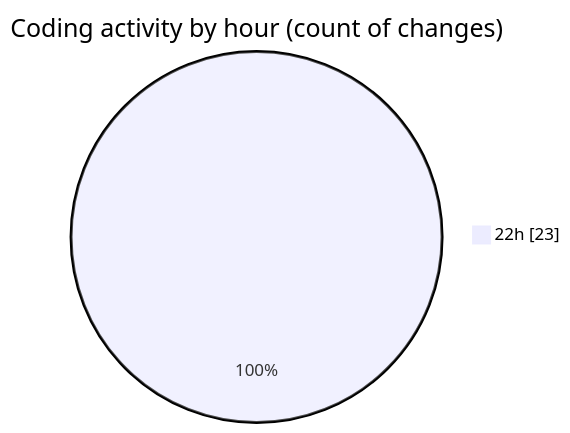
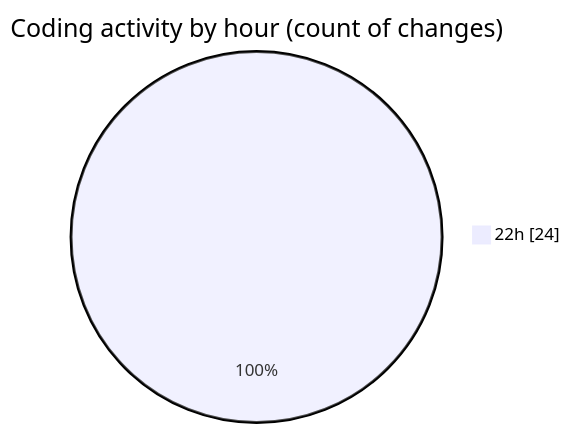
Before and after one commit to MatusMokan/code-tracking: the second of 2 diagrams in 2025-03-26/myws__workspace_/README.md, drawn with Mermaid. The commit also changed other lines of this file and 1 other file, not shown here.

````diff
--- a/2025-03-26/myws__workspace_/README.md
+++ b/2025-03-26/myws__workspace_/README.md
@@ -28,5 +28,5 @@
 ```mermaid
 pie showData
 title Coding activity by hour (count of changes)
-"22h" : 23
+"22h" : 24
 ```
````
